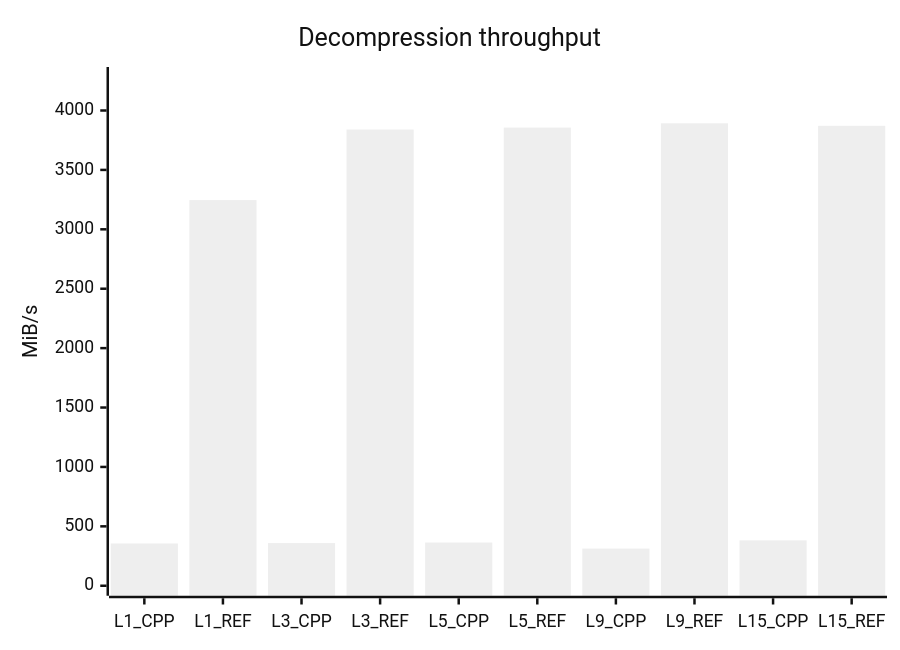
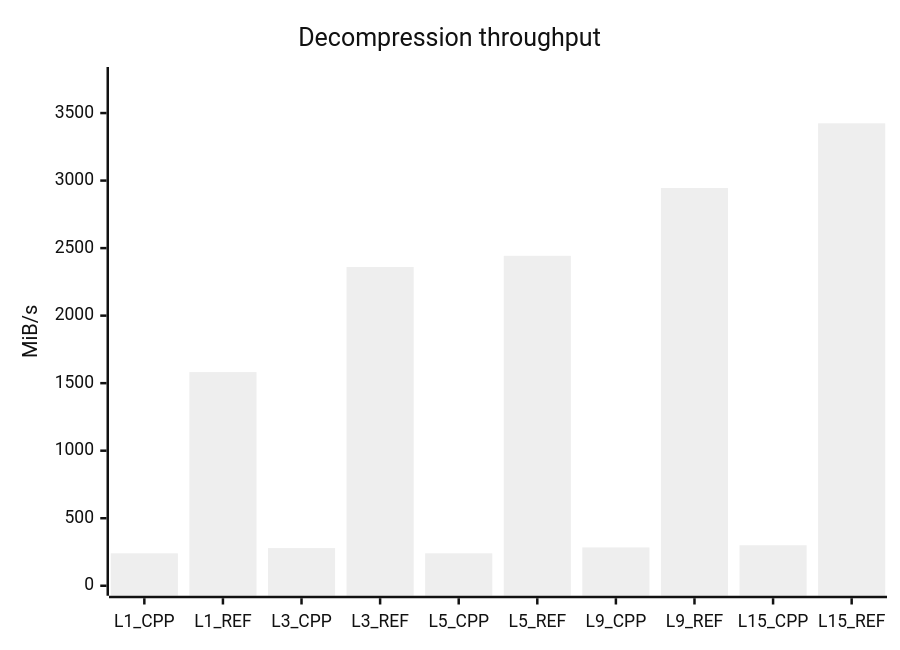
Before and after one commit to mheyman/zstdpp: the fifth of 7 diagrams in README.md, drawn with Mermaid (neutral theme). The commit also changed other lines of this file and 1 other file, not shown here.

````diff
--- a/README.md
+++ b/README.md
@@ -160,7 +160,7 @@
 ```mermaid
 xychart-beta
     title "Decompression throughput"
     x-axis [L1_CPP, L1_REF, L3_CPP, L3_REF, L5_CPP, L5_REF, L9_CPP, L9_REF, L15_CPP, L15_REF]
-    y-axis "MiB/s" 0 --> 4282
-    bar [356, 3246, 359, 3840, 364, 3856, 313, 3892, 382, 3871]
+    y-axis "MiB/s" 0 --> 3767
+    bar [240, 1582, 279, 2360, 240, 2443, 284, 2945, 300, 3424]
 ```
````
